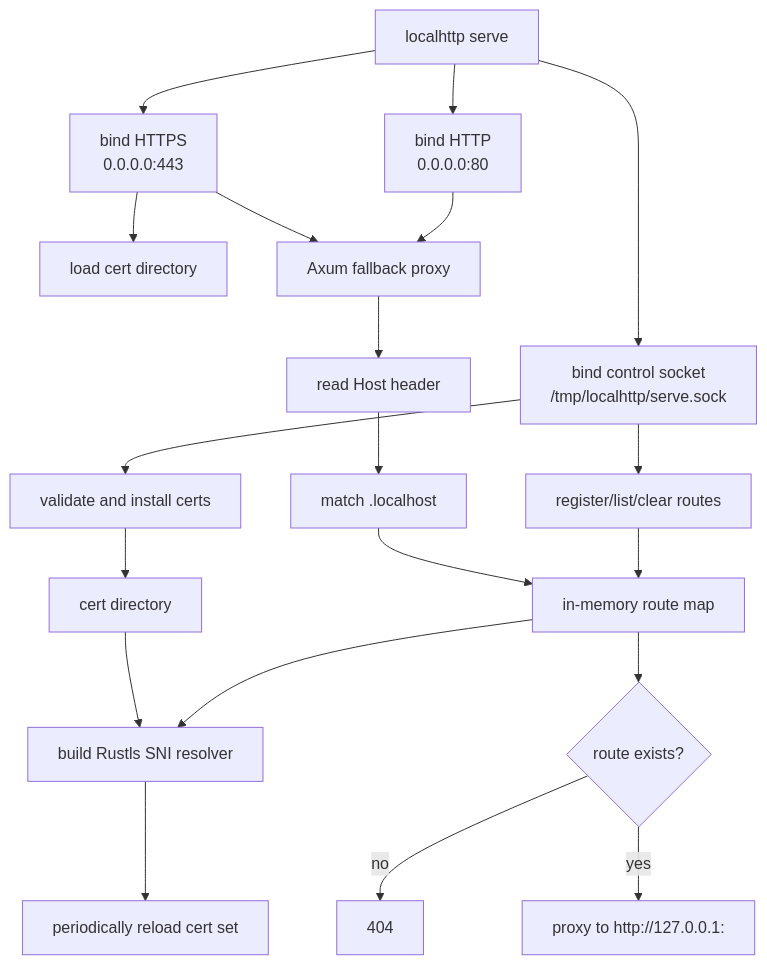
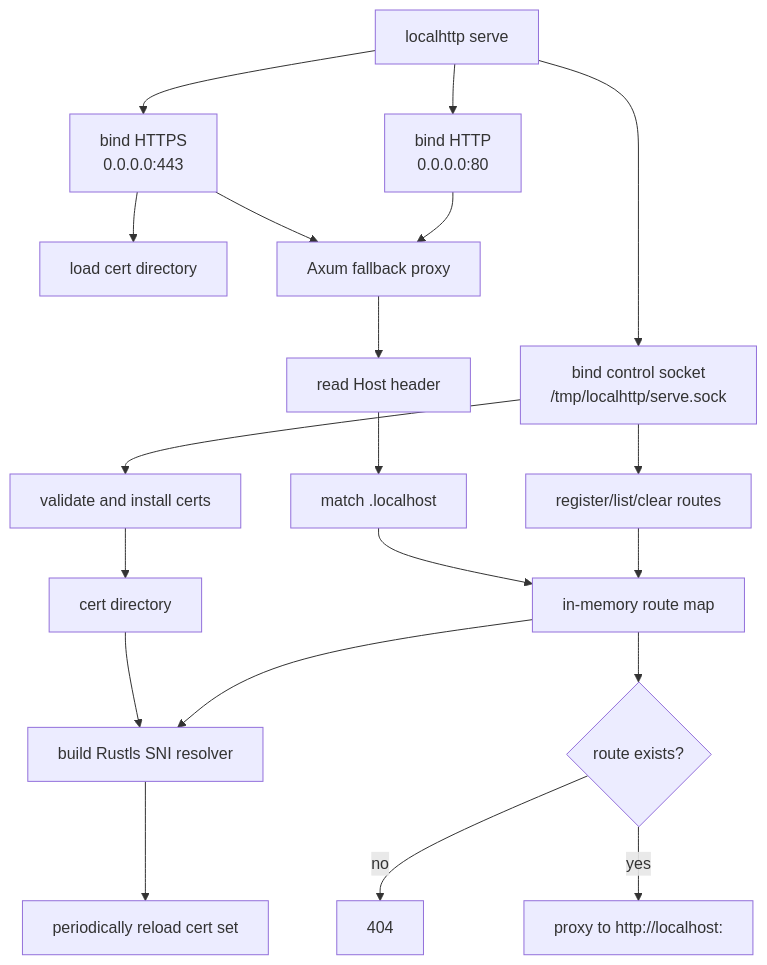
The third of 4 diagrams in ARCHITECTURE.md (whazor/localhttp), drawn with Mermaid before and after one commit. The commit also changed other lines of this file and 8 other files, not shown here.

````diff
--- a/ARCHITECTURE.md
+++ b/ARCHITECTURE.md
@@ -88,25 +88,25 @@
 ```mermaid
 flowchart TD
     Start["localhttp serve"] --> Control["bind control socket<br/>/tmp/localhttp/serve.sock"]
     Start --> HTTP["bind HTTP<br/>0.0.0.0:80"]
     Start --> HTTPS["bind HTTPS<br/>0.0.0.0:443"]
 
     Control --> Register["register/list/clear routes"]
     Control --> Install["validate and install certs"]
     Register --> Routes["in-memory route map"]
     Install --> CertDir["cert directory"]
 
     HTTPS --> Load["load cert directory"]
     Routes --> SNI["build Rustls SNI resolver"]
     CertDir --> SNI
     SNI --> Watch["periodically reload cert set"]
 
     HTTP --> Proxy["Axum fallback proxy"]
     HTTPS --> Proxy
     Proxy --> Host["read Host header"]
     Host --> Match["match <name>.localhost"]
     Match --> Routes
     Routes --> Route{"route exists?"}
     Route -- no --> NotFound["404"]
-    Route -- yes --> Forward["proxy to http://127.0.0.1:<port>"]
+    Route -- yes --> Forward["proxy to http://localhost:<port>"]
 ```
````
